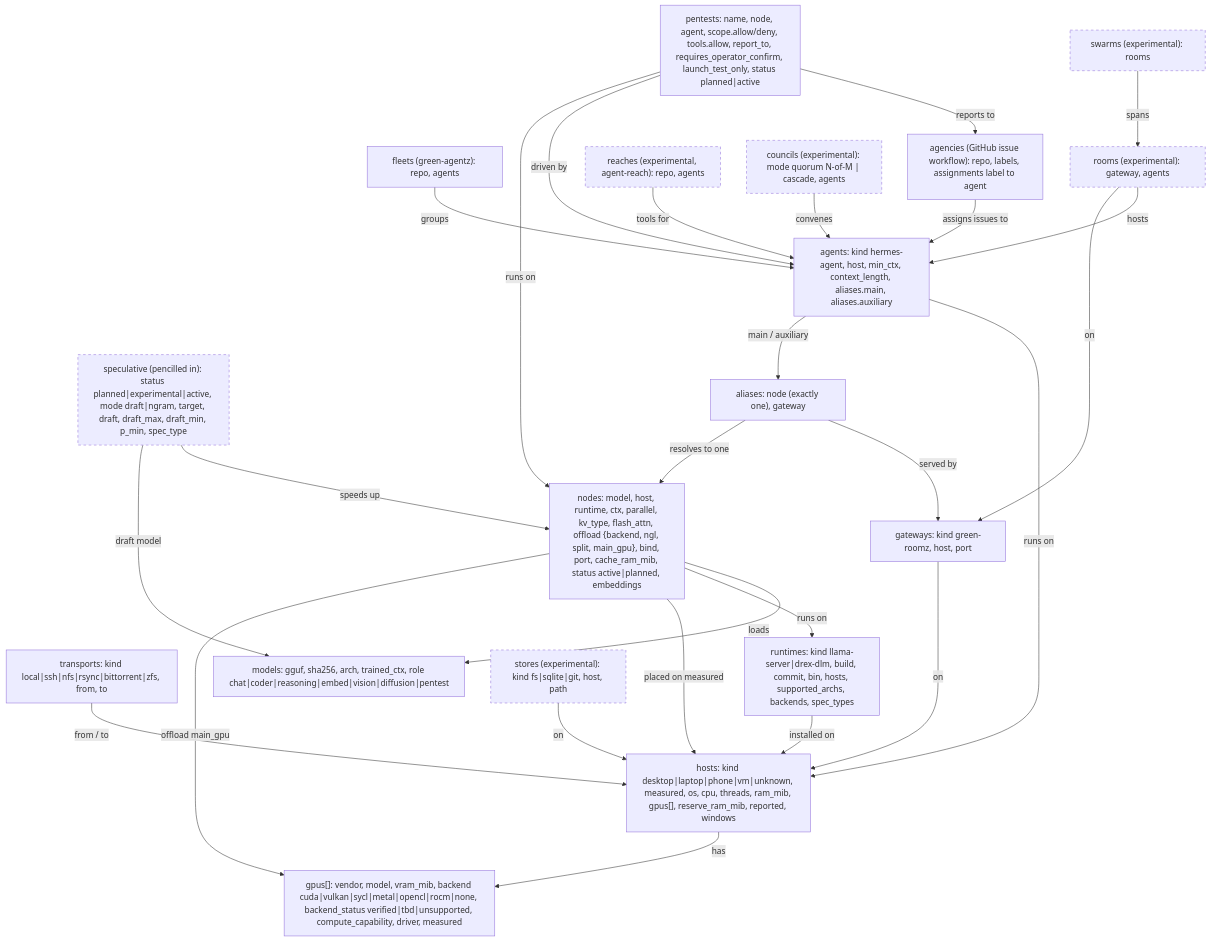
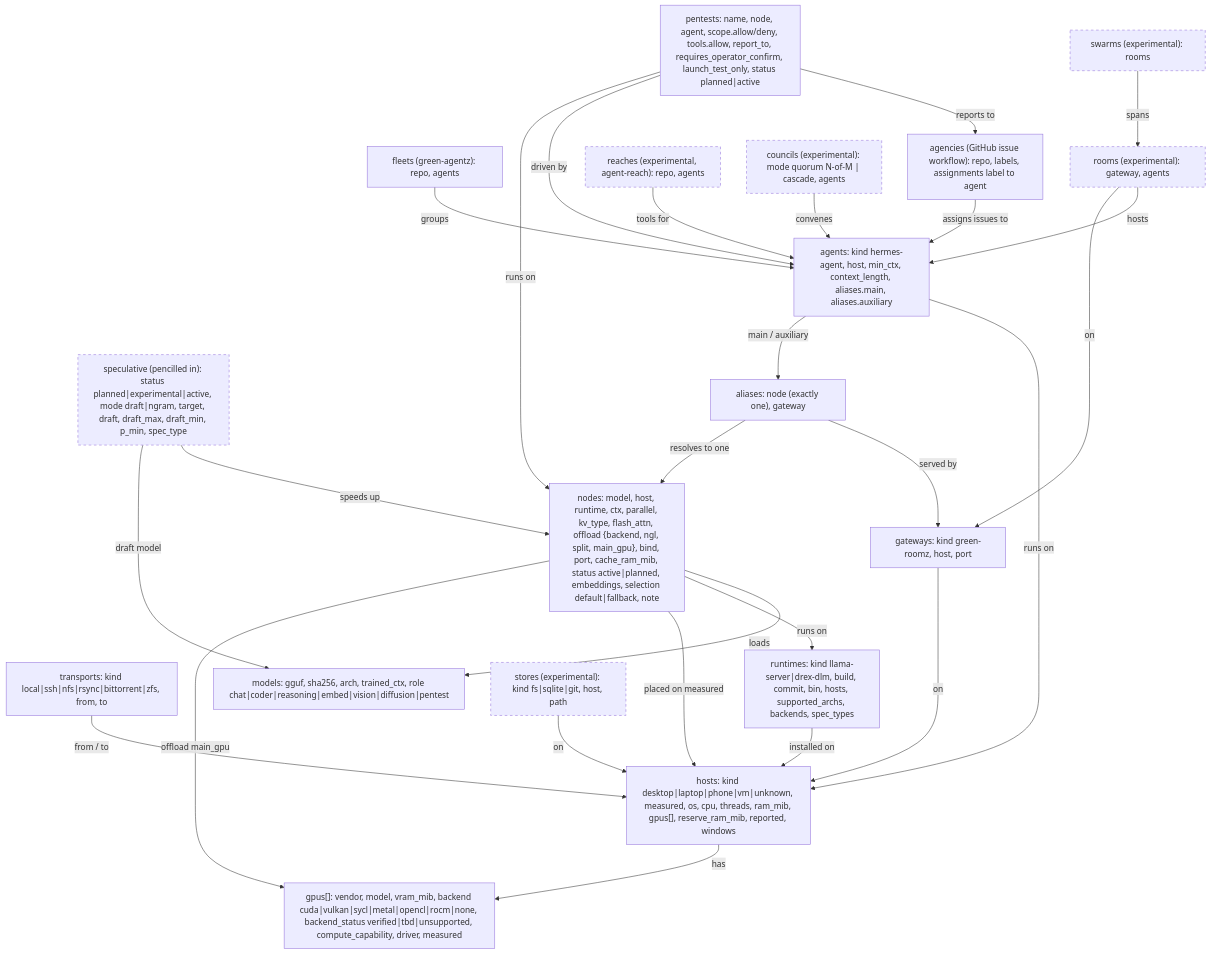
One commit to brianreborn/feeldznutts changed the diagram in docs/graph-types.md. Above: the diagram before and after it, drawn with Mermaid. The commit also changed other lines of this file and 3 other files, not shown here.

First line of the commit message:
graph: qodesh-resident (Qwen3.5-2B) as user-selectable fallback; add node selection/note fields

````diff
--- a/docs/graph-types.md
+++ b/docs/graph-types.md
@@ -20,49 +20,49 @@
 ```mermaid
 graph TD
   host["hosts: kind desktop|laptop|phone|vm|unknown, measured, os, cpu, threads, ram_mib, gpus[], reserve_ram_mib, reported, windows"]
   gpu["gpus[]: vendor, model, vram_mib, backend cuda|vulkan|sycl|metal|opencl|rocm|none, backend_status verified|tbd|unsupported, compute_capability, driver, measured"]
   transport["transports: kind local|ssh|nfs|rsync|bittorrent|zfs, from, to"]
   runtime["runtimes: kind llama-server|drex-dlm, build, commit, bin, hosts, supported_archs, backends, spec_types"]
   model["models: gguf, sha256, arch, trained_ctx, role chat|coder|reasoning|embed|vision|diffusion|pentest"]
-  node["nodes: model, host, runtime, ctx, parallel, kv_type, flash_attn, offload {backend, ngl, split, main_gpu}, bind, port, cache_ram_mib, status active|planned, embeddings"]
+  node["nodes: model, host, runtime, ctx, parallel, kv_type, flash_attn, offload {backend, ngl, split, main_gpu}, bind, port, cache_ram_mib, status active|planned, embeddings, selection default|fallback, note"]
   spec["speculative (pencilled in): status planned|experimental|active, mode draft|ngram, target, draft, draft_max, draft_min, p_min, spec_type"]:::exp
   gateway["gateways: kind green-roomz, host, port"]
   alias["aliases: node (exactly one), gateway"]
   agent["agents: kind hermes-agent, host, min_ctx, context_length, aliases.main, aliases.auxiliary"]
   fleet["fleets (green-agentz): repo, agents"]
   agency["agencies (GitHub issue workflow): repo, labels, assignments label to agent"]
   room["rooms (experimental): gateway, agents"]:::exp
   swarm["swarms (experimental): rooms"]:::exp
   store["stores (experimental): kind fs|sqlite|git, host, path"]:::exp
   reach["reaches (experimental, agent-reach): repo, agents"]:::exp
   council["councils (experimental): mode quorum N-of-M | cascade, agents"]:::exp
   pentest["pentests: name, node, agent, scope.allow/deny, tools.allow, report_to, requires_operator_confirm, launch_test_only, status planned|active"]
 
 
   host -->|has| gpu
   node -->|offload main_gpu| gpu
   spec -->|draft model| model
   spec -->|speeds up| node
   transport -->|from / to| host
   runtime -->|installed on| host
   node -->|placed on measured| host
   node -->|runs on| runtime
   node -->|loads| model
   alias -->|resolves to one| node
   alias -->|served by| gateway
   gateway -->|on| host
   agent -->|main / auxiliary| alias
   agent -->|runs on| host
   fleet -->|groups| agent
   agency -->|assigns issues to| agent
   room -->|on| gateway
   room -->|hosts| agent
   swarm -->|spans| room
   store -->|on| host
   reach -->|tools for| agent
   council -->|convenes| agent
   pentest -->|runs on| node
   pentest -->|driven by| agent
   pentest -->|reports to| agency
   classDef exp stroke-dasharray: 5 5
 ```
````
